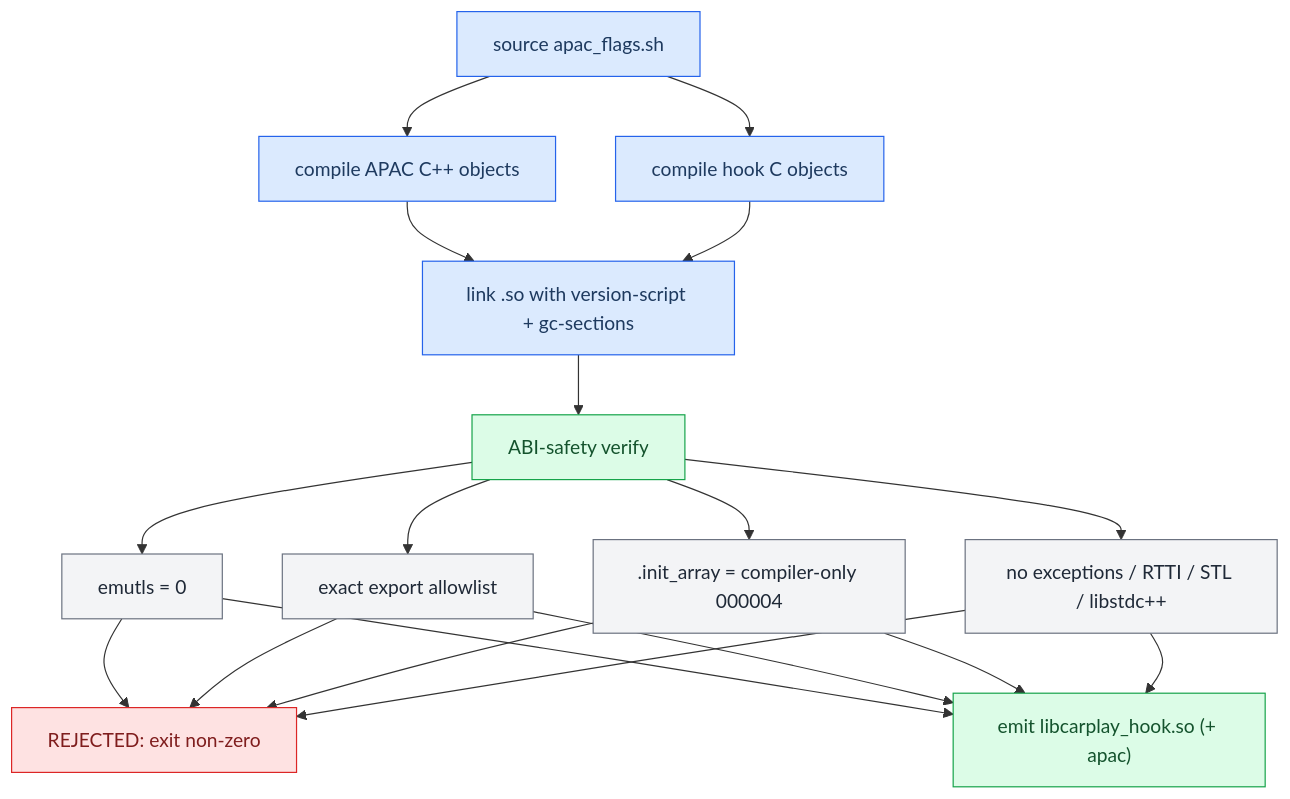
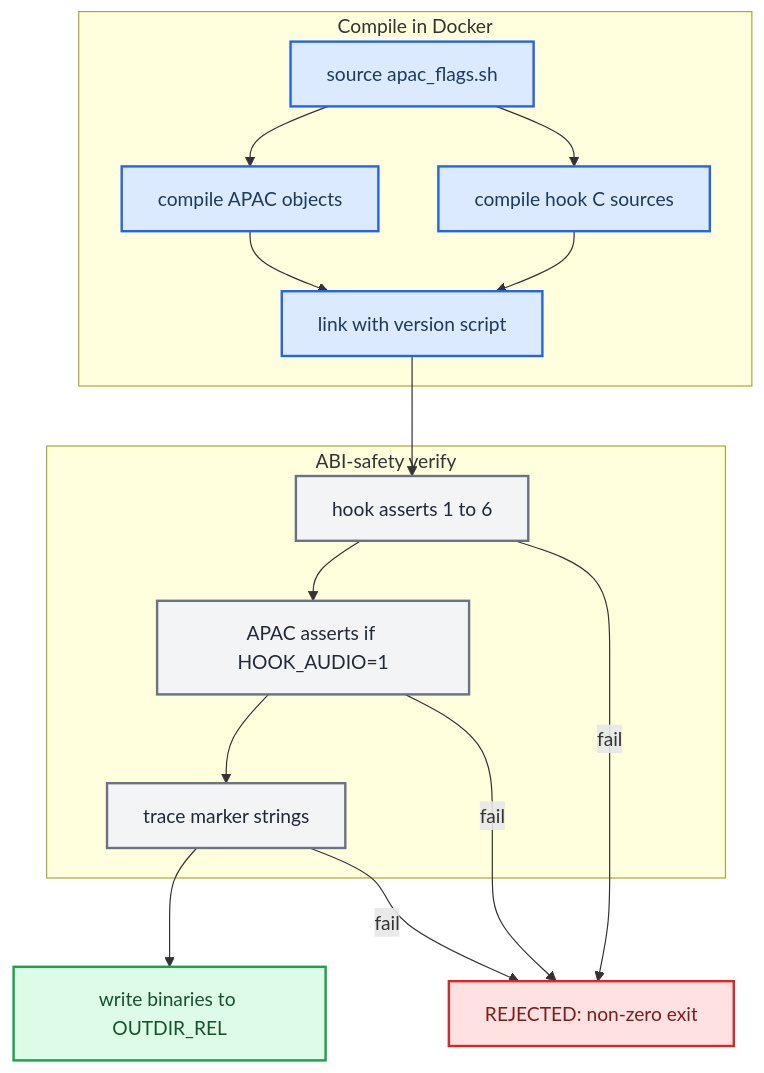
One commit to luka-dev/mib2q-carplay-rgi changed the diagram in docs-obsidian/Build and Deploy/Build System.md. Above: the diagram before and after it, drawn with Mermaid. The commit also changed other lines of this file and 43 other files, not shown here.

````diff
--- a/docs-obsidian/Build and Deploy/Build System.md
+++ b/docs-obsidian/Build and Deploy/Build System.md
@@ -36,39 +45,37 @@
 ```mermaid
 flowchart TB
   accTitle: Hook build and verify flow
-  accDescr: Compile APAC and hook objects in the Docker toolchain, link two shared objects, then run the ABI-safety asserts; any failure rejects the build, otherwise emit the binaries.
-  flags["source apac_flags.sh"]
-  apac["compile APAC C++ objects"]
-  hook["compile hook C objects"]
-  link["link .so with version-script + gc-sections"]
-  verify["ABI-safety verify"]
-  emutls["emutls = 0"]
-  exports["exact export allowlist"]
-  initarr[".init_array = compiler-only 000004"]
-  nostl["no exceptions / RTTI / STL / libstdc++"]
-  reject["REJECTED: exit non-zero"]
-  ship["emit libcarplay_hook.so (+ apac)"]
+  accDescr: Source the flags, compile the APAC and hook objects, and link both shared objects. Then run the hook asserts and, for audio builds, the APAC asserts. Any failure rejects the build; otherwise the binaries are written.
+
+  subgraph compile_stage [Compile in Docker]
+    flags["source apac_flags.sh"]
+    apac["compile APAC objects"]
+    hook["compile hook C sources"]
+    link["link with version script"]
+  end
+
+  subgraph verify_stage [ABI-safety verify]
+    hook_checks["hook asserts 1 to 6"]
+    apac_checks["APAC asserts if HOOK_AUDIO=1"]
+    markers["trace marker strings"]
+  end
+
+  reject["REJECTED: non-zero exit"]
+  ship["write binaries to OUTDIR_REL"]
+
   flags --> apac --> link
   flags --> hook --> link
-  link --> verify
-  verify --> emutls
-  verify --> exports
-  verify --> initarr
-  verify --> nostl
-  emutls --> reject
-  exports --> reject
-  initarr --> reject
-  nostl --> reject
-  emutls --> ship
-  exports --> ship
-  initarr --> ship
-  nostl --> ship
+  link --> hook_checks --> apac_checks --> markers --> ship
+  hook_checks -->|fail| reject
+  apac_checks -->|fail| reject
+  markers -->|fail| reject
+
+  classDef primary fill:#dbeafe,stroke:#2563eb,stroke-width:2px,color:#1e3a5f
+  classDef success fill:#dcfce7,stroke:#16a34a,stroke-width:2px,color:#14532d
+  classDef danger fill:#fee2e2,stroke:#dc2626,stroke-width:2px,color:#7f1d1d
+  classDef neutral fill:#f3f4f6,stroke:#6b7280,stroke-width:2px,color:#1f2937
   class flags,apac,hook,link primary
-  class verify,ship success
+  class hook_checks,apac_checks,markers neutral
+  class ship success
   class reject danger
-  class emutls,exports,initarr,nostl neutral
-  classDef primary fill:#dbeafe,stroke:#2563eb,color:#1e3a5f
-  classDef success fill:#dcfce7,stroke:#16a34a,color:#14532d
-  classDef danger fill:#fee2e2,stroke:#dc2626,color:#7f1d1d
-  classDef neutral fill:#f3f4f6,stroke:#6b7280,color:#1f2937
 ```
````
